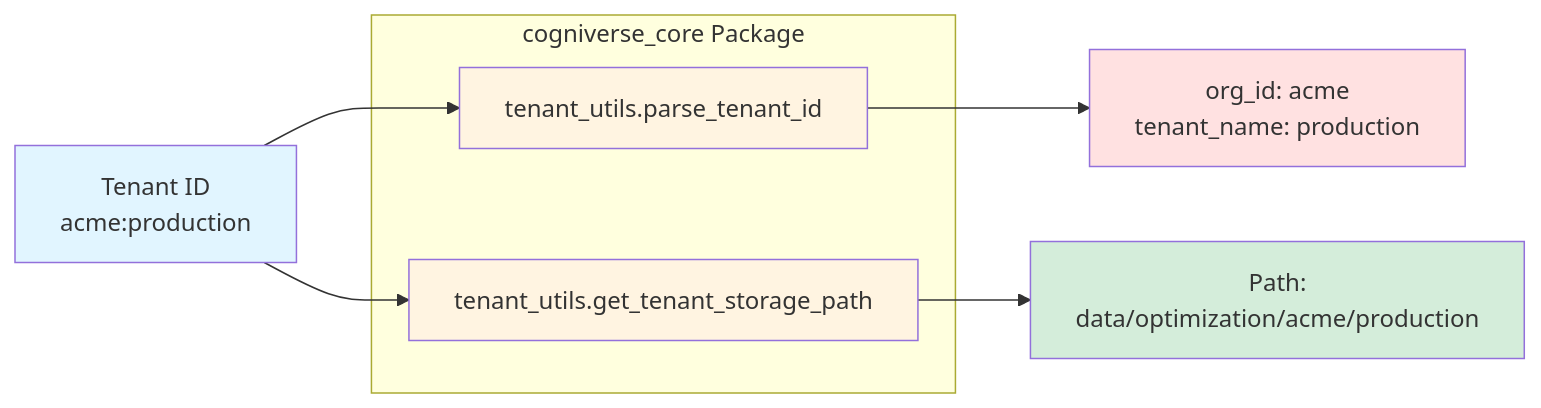
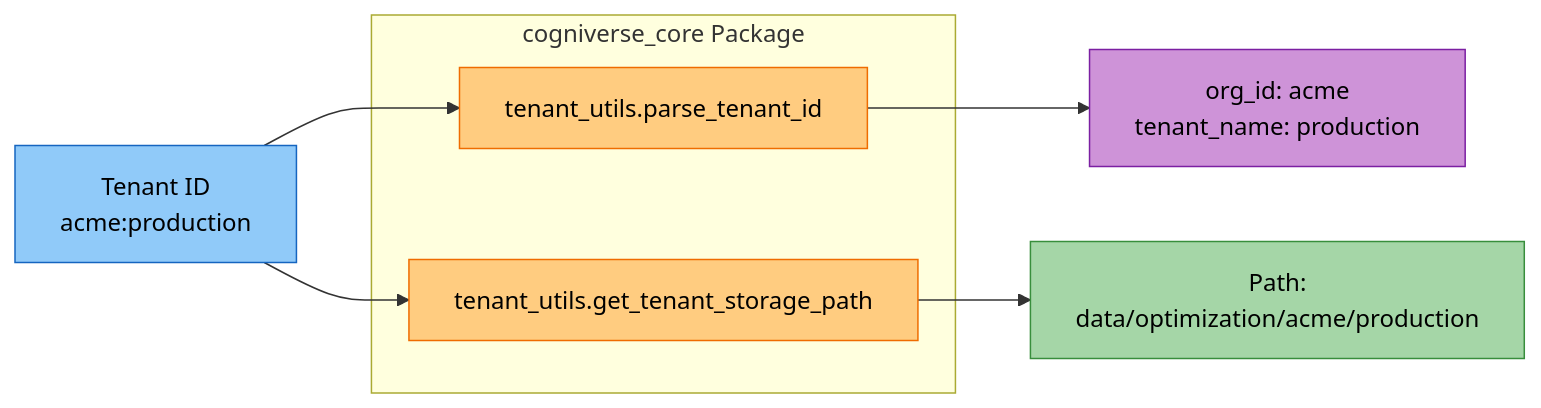
Before and after one commit to amit-jain/cogniverse: the third of 4 diagrams in docs/modules/common.md, drawn with Mermaid. The commit also changed other lines of this file and 83 other files, not shown here.

First line of the commit message:
Fix documentation veracity, formatting, and diagrams across all modules

````diff
--- a/docs/modules/common.md
+++ b/docs/modules/common.md
@@ -131,21 +149,21 @@
 ```mermaid
-graph LR
-    TenantID["Tenant ID<br/>acme:production"]
+flowchart LR
+    TenantID["<span style='color:#000'>Tenant ID<br/>acme:production</span>"]
 
     subgraph "cogniverse_core Package"
-        Parse[tenant_utils.parse_tenant_id]
-        StoragePath[tenant_utils.get_tenant_storage_path]
+        Parse["<span style='color:#000'>tenant_utils.parse_tenant_id</span>"]
+        StoragePath["<span style='color:#000'>tenant_utils.get_tenant_storage_path</span>"]
     end
 
-    OrgTenant["org_id: acme<br/>tenant_name: production"]
-    Path["Path:<br/>data/optimization/acme/production"]
+    OrgTenant["<span style='color:#000'>org_id: acme<br/>tenant_name: production</span>"]
+    Path["<span style='color:#000'>Path:<br/>data/optimization/acme/production</span>"]
 
     TenantID --> Parse --> OrgTenant
     TenantID --> StoragePath --> Path
 
-    style TenantID fill:#e1f5ff
-    style Parse fill:#fff4e1
-    style StoragePath fill:#fff4e1
-    style OrgTenant fill:#ffe1e1
-    style Path fill:#d4edda
+    style TenantID fill:#90caf9,stroke:#1565c0,color:#000
+    style Parse fill:#ffcc80,stroke:#ef6c00,color:#000
+    style StoragePath fill:#ffcc80,stroke:#ef6c00,color:#000
+    style OrgTenant fill:#ce93d8,stroke:#7b1fa2,color:#000
+    style Path fill:#a5d6a7,stroke:#388e3c,color:#000
 ```
````
